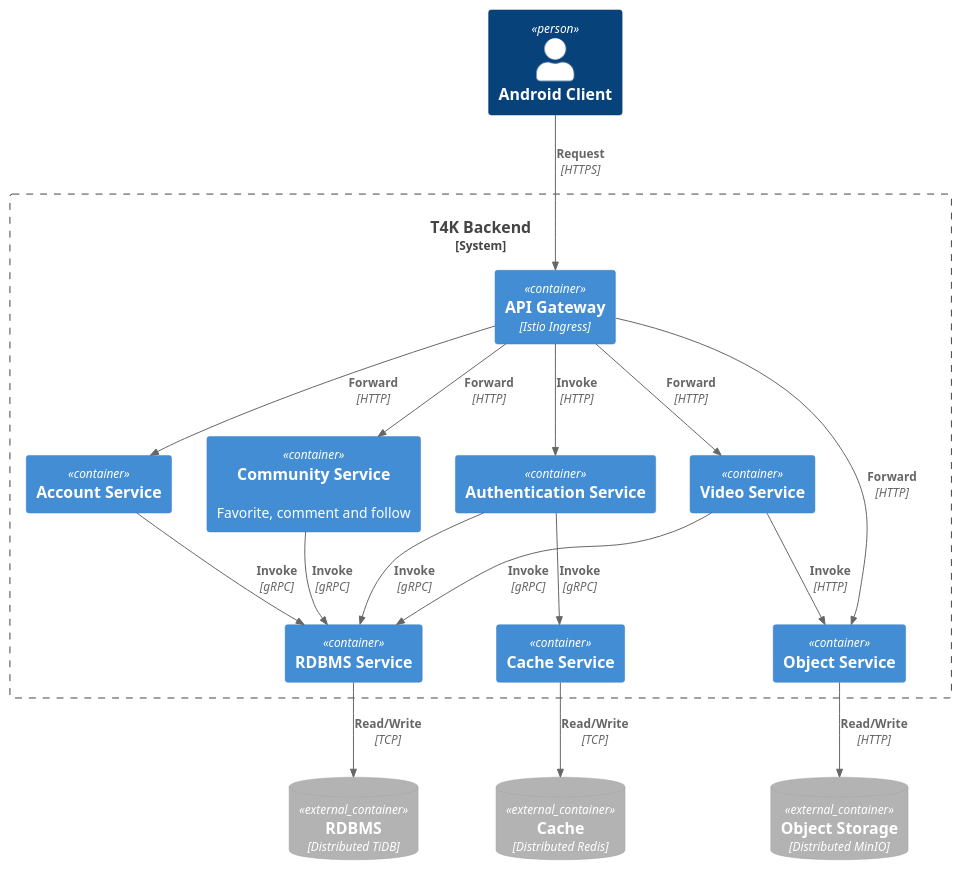
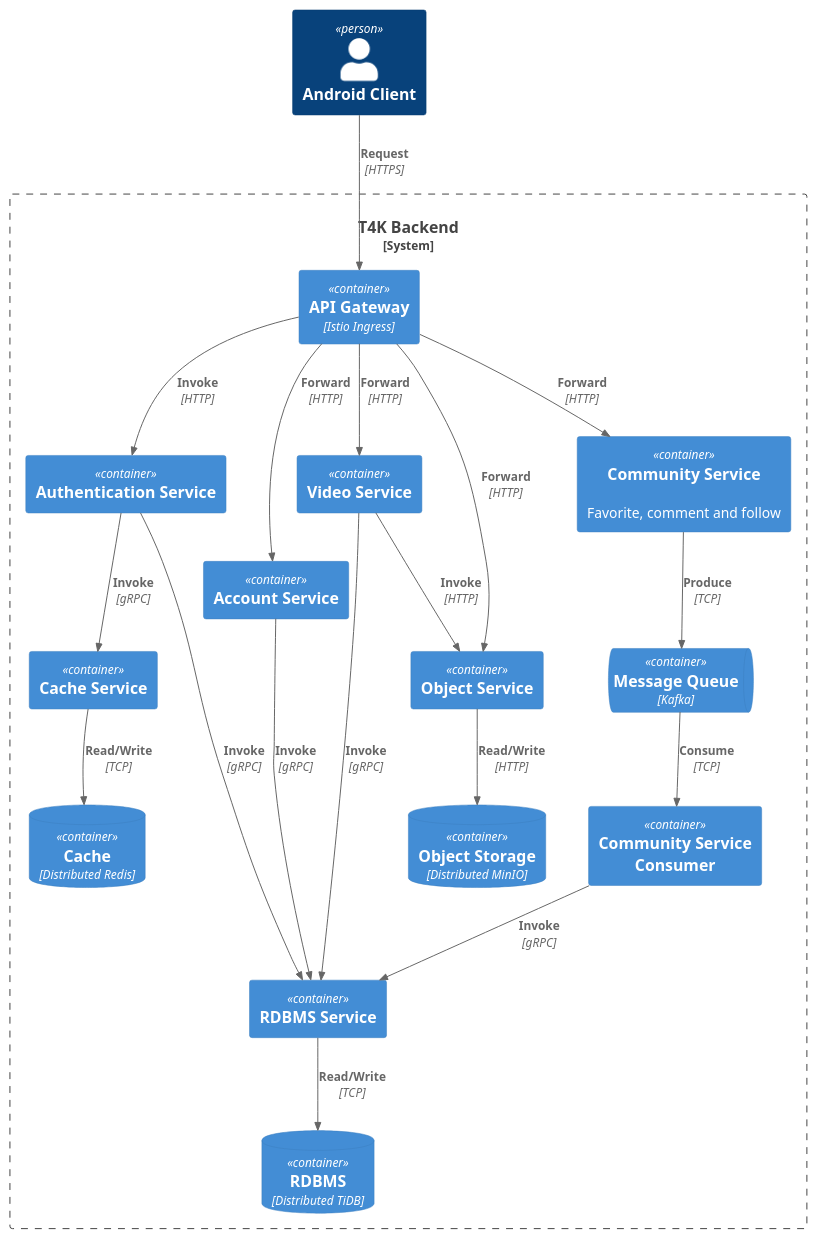
The diagram in doc/architecture.puml (huaouo/t4k), drawn with PlantUML before and after one commit.

Commit message:
Add mq behind community service

```diff
--- a/doc/architecture.puml
+++ b/doc/architecture.puml
@@ -1,37 +1,41 @@
 @startuml
 !include https://raw.githubusercontent.com/plantuml-stdlib/C4-PlantUML/master/C4_Container.puml
 
 Person(client, "Android Client")
 
 System_Boundary(backend, "T4K Backend") {
   Container(gateway, "API Gateway", "Istio Ingress", "")
   Container(authn, "Authentication Service", "", "")
   Container(account, "Account Service", "", "")
   Container(video, "Video Service", "", "")
   Container(community, "Community Service", "", "Favorite, comment and follow")
+  Container(communityc, "Community Service Consumer", "", "")
 
   Container(rdbmss, "RDBMS Service", "", "")
   Container(caches, "Cache Service", "", "")
   Container(s3s, "Object Service", "", "")
+
+  ContainerQueue(queue, "Message Queue", "Kafka", "")
+  ContainerDb(rdbms, "RDBMS", "Distributed TiDB", "")
+  ContainerDb(cache, "Cache", "Distributed Redis", "")
+  ContainerDb(s3, "Object Storage", "Distributed MinIO", "")
 }
-
-ContainerDb_Ext(rdbms, "RDBMS", "Distributed TiDB", "")
-ContainerDb_Ext(cache, "Cache", "Distributed Redis", "")
-ContainerDb_Ext(s3, "Object Storage", "Distributed MinIO", "")
 
 Rel(client, gateway, "Request", "HTTPS")
 Rel(gateway, authn, "Invoke", "HTTP")
 Rel(gateway, account, "Forward", "HTTP")
 Rel(gateway, video, "Forward", "HTTP")
 Rel(gateway, community, "Forward", "HTTP")
 Rel(gateway, s3s, "Forward", "HTTP")
 Rel(authn, rdbmss, "Invoke", "gRPC")
 Rel(authn, caches, "Invoke", "gRPC")
 Rel(account, rdbmss, "Invoke", "gRPC")
 Rel(video, rdbmss, "Invoke", "gRPC")
 Rel(video, s3s, "Invoke", "HTTP")
-Rel(community, rdbmss, "Invoke", "gRPC")
+Rel(community, queue, "Produce", "TCP")
+Rel(queue, communityc, "Consume", "TCP")
+Rel(communityc, rdbmss, "Invoke", "gRPC")
 Rel(rdbmss, rdbms, "Read/Write", "TCP")
 Rel(caches, cache, "Read/Write", "TCP")
 Rel(s3s, s3, "Read/Write", "HTTP")
 @enduml
```
